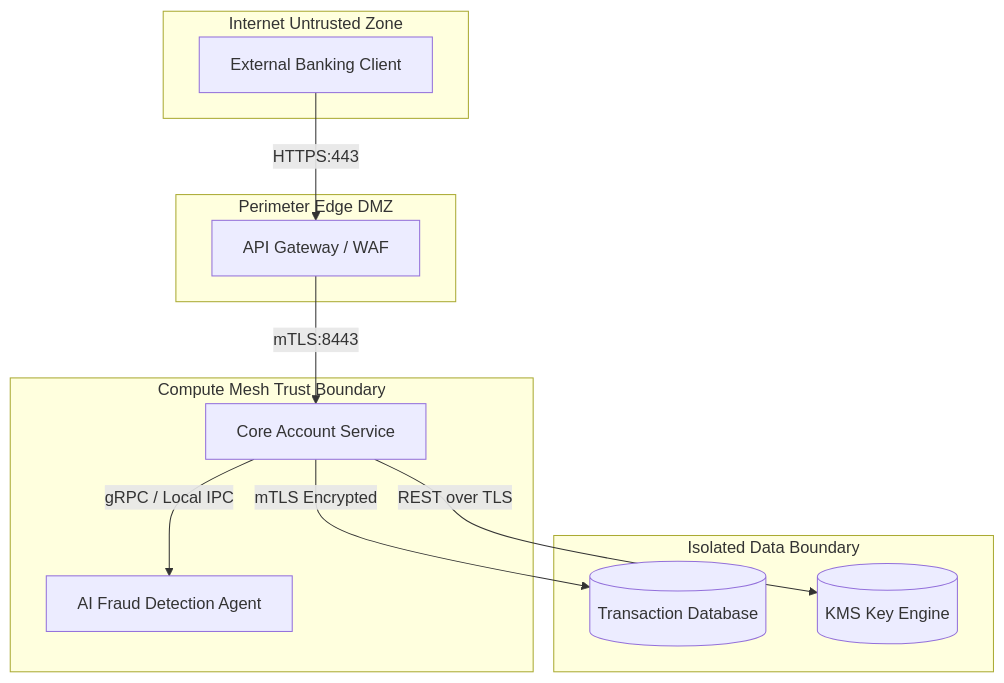
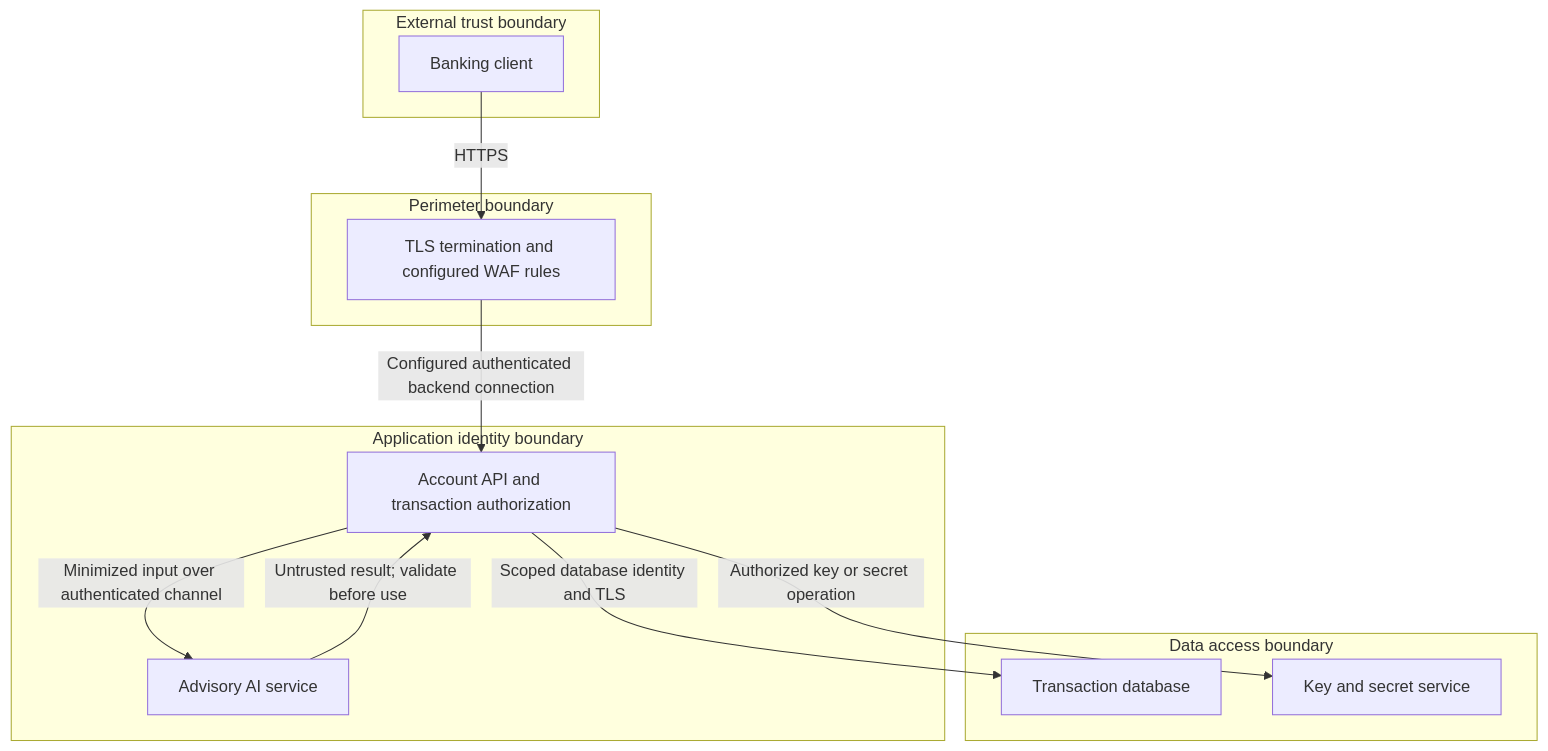
Before and after one commit to CloudSecCorner/cloudseccorner.github.io: the fourth of 4 diagrams in public/labs/threat-modeling.md, drawn with Mermaid. The commit also changed other lines of this file and 87 other files, not shown here.

Commit message:
feat: refresh developer architectures and unify site UI

````diff
--- a/public/labs/threat-modeling.md
+++ b/public/labs/threat-modeling.md
@@ -154,26 +143,23 @@
 ```mermaid
 flowchart TD
-    subgraph InternetZone[Internet Untrusted Zone]
-        Client[External Banking Client]
-    end
-
-    subgraph DMZZone[Perimeter Edge DMZ]
-        WAF[API Gateway / WAF]
-    end
-
-    subgraph ServiceMesh[Compute Mesh Trust Boundary]
-        API[Core Account Service]
-        AI[AI Fraud Detection Agent]
-    end
-
-    subgraph StorageZone[Isolated Data Boundary]
-        DB[(Transaction Database)]
-        KMS[(KMS Key Engine)]
-    end
-
-    Client -->|HTTPS:443| WAF
-    WAF -->|mTLS:8443| API
-    API -->|gRPC / Local IPC| AI
-    API -->|mTLS Encrypted| DB
-    API -->|REST over TLS| KMS
+      subgraph external["External trust boundary"]
+        client[Banking client]
+      end
+      subgraph perimeter["Perimeter boundary"]
+        ingress[TLS termination and configured WAF rules]
+      end
+      subgraph services["Application identity boundary"]
+        api[Account API and transaction authorization]
+        ai[Advisory AI service]
+      end
+      subgraph data["Data access boundary"]
+        db[Transaction database]
+        keys[Key and secret service]
+      end
+      client -->|HTTPS| ingress
+      ingress -->|Configured authenticated backend connection| api
+      api -->|Minimized input over authenticated channel| ai
+      ai -->|Untrusted result; validate before use| api
+      api -->|Scoped database identity and TLS| db
+      api -->|Authorized key or secret operation| keys
 ```
````
